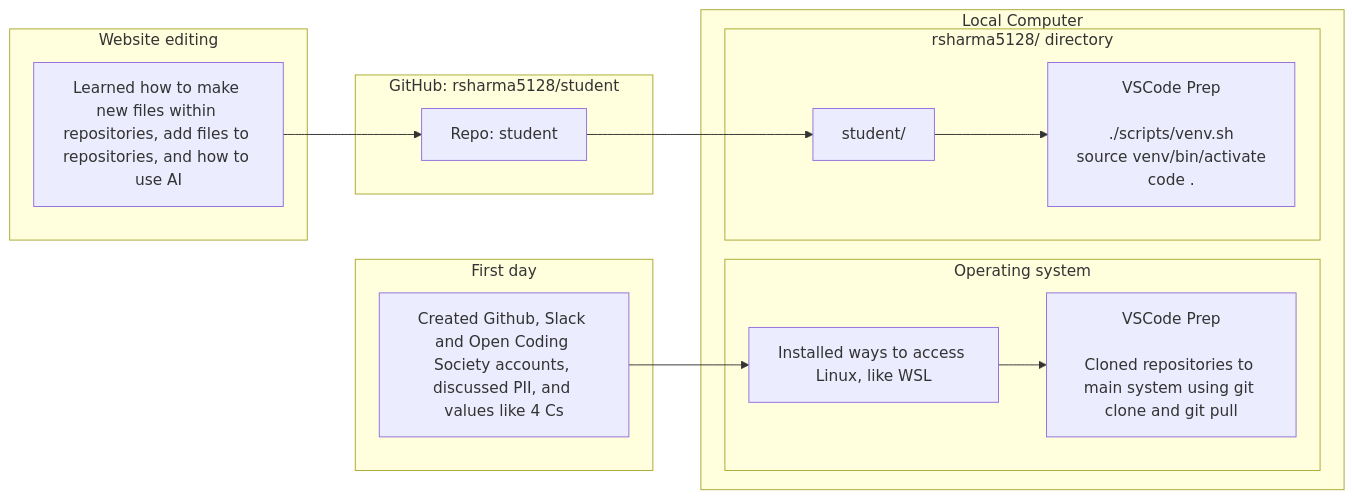
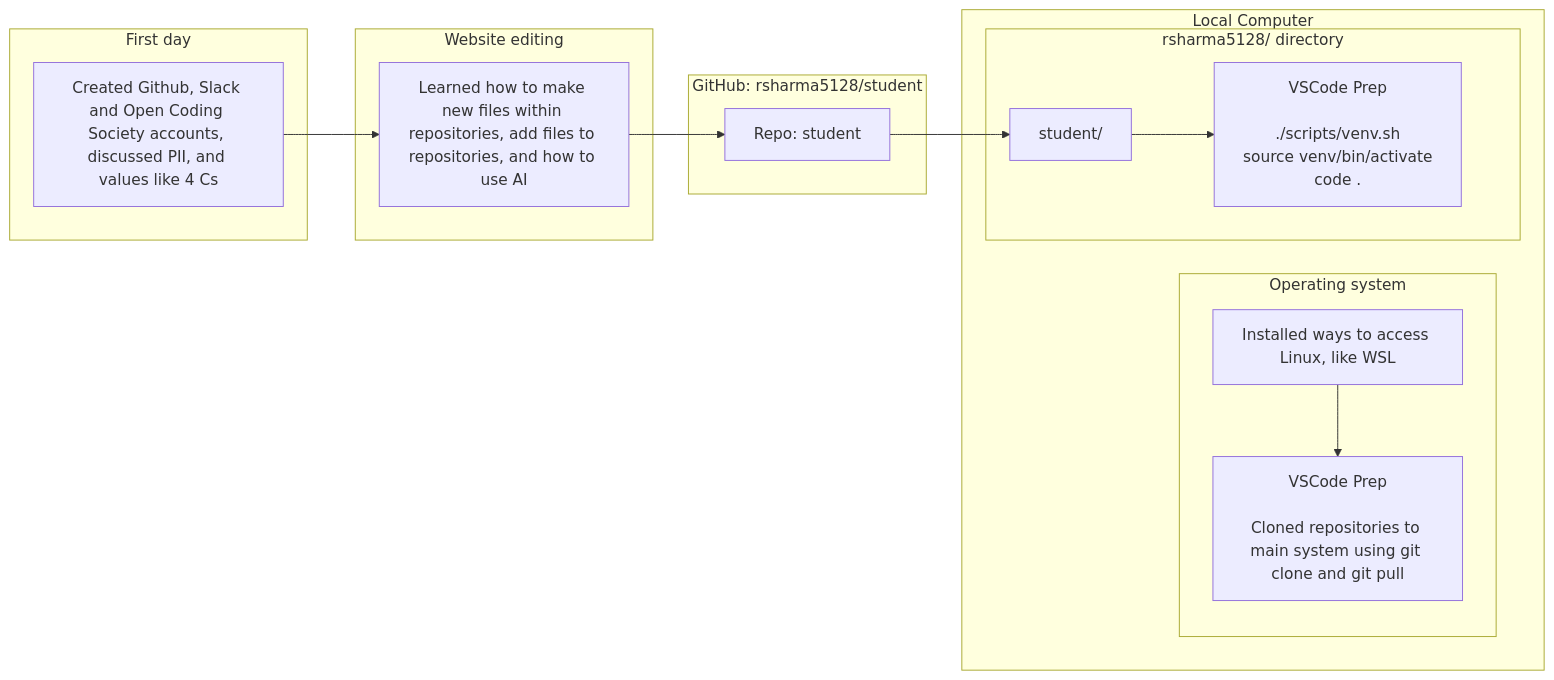
The second of 2 diagrams in navigation/journey.md (rsharma5128/student), drawn with Mermaid before and after one commit.

Commit message:
Fixing arrows

````diff
--- a/navigation/journey.md
+++ b/navigation/journey.md
@@ -59,39 +59,39 @@
 ```mermaid
 flowchart LR
     %% GitHub Sources
     subgraph GitHub_Pages[First day]
         A[Created Github, Slack and Open Coding Society accounts, discussed PII, and values like 4 Cs]:::repo
     end
 
     subgraph GitHub_Template[Website editing]
         T[Learned how to make new files within repositories, add files to repositories, and how to use AI]:::repo
     end
 
     subgraph GitHub_Student[GitHub: rsharma5128/student]
         B[Repo: student]:::repo
     end
 
     %% Operating system
     subgraph Local[Local Computer]
         subgraph opencs_dir[Operating system]
             C[Installed ways to access Linux, like WSL]:::local
             Ccmd[VSCode Prep<br/><br/>Cloned repositories to main system using git clone and git pull]:::cmd
         end
         subgraph user_dir[rsharma5128/ directory]
             D[student/]:::local
             Dcmd[VSCode Prep<br/><br/>./scripts/venv.sh<br/>source venv/bin/activate<br/>code .]:::cmd
         end
     end
 
     %% Arrows: cloning
-    A --> C
+    A --> T
     B --> D
 
     %% Arrows: template relationship
     T --> B
 
     %% Arrows: commands
     C --> Ccmd
     D --> Dcmd
 
 ```
````
